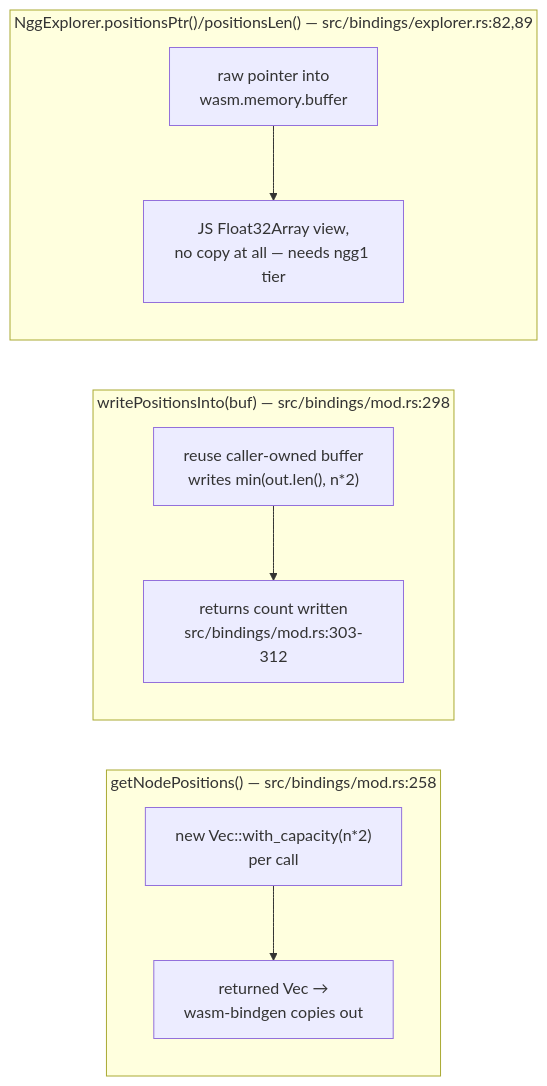
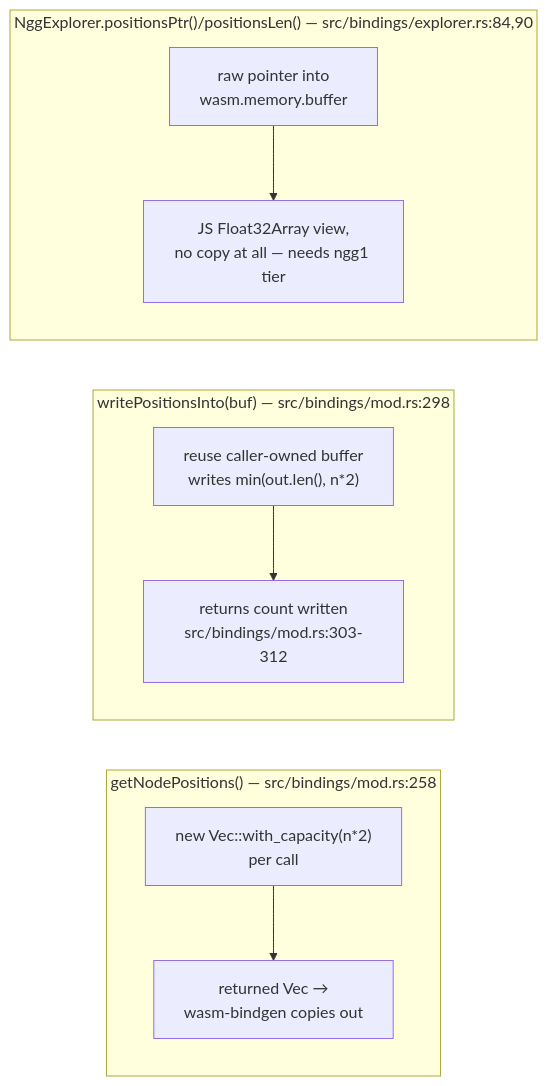
One commit to DreamLab-AI/VisionFlow changed the second of 7 diagrams in docs/diagrams/vowl-wasm/04-js-api-examples-and-consumers.md. Above: the diagram before and after it, drawn with Mermaid. The commit also changed other lines of this file and 151 other files, not shown here.

````diff
--- a/docs/diagrams/vowl-wasm/04-js-api-examples-and-consumers.md
+++ b/docs/diagrams/vowl-wasm/04-js-api-examples-and-consumers.md
@@ -53,12 +53,12 @@
 ```mermaid
 flowchart LR
     subgraph Alloc["getNodePositions() — src/bindings/mod.rs:258"]
         A1["new Vec::with_capacity(n*2)<br/>per call"] --> A2["returned Vec<f32> →<br/>wasm-bindgen copies out"]
     end
     subgraph NoAlloc["writePositionsInto(buf) — src/bindings/mod.rs:298"]
         B1["reuse caller-owned buffer<br/>writes min(out.len(), n*2)"] --> B2["returns count written<br/>src/bindings/mod.rs:303-312"]
     end
-    subgraph ZeroCopy["NggExplorer.positionsPtr()/positionsLen() — src/bindings/explorer.rs:82,89"]
+    subgraph ZeroCopy["NggExplorer.positionsPtr()/positionsLen() — src/bindings/explorer.rs:84,90"]
         C1["raw pointer into<br/>wasm.memory.buffer"] --> C2["JS Float32Array view,<br/>no copy at all — needs ngg1 tier"]
     end
 ```
````
